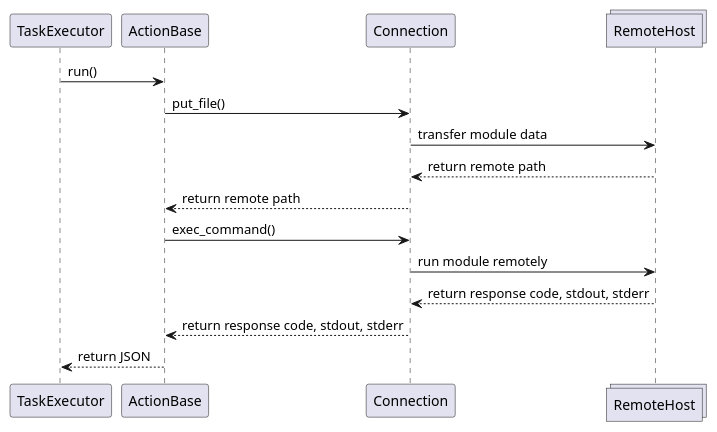
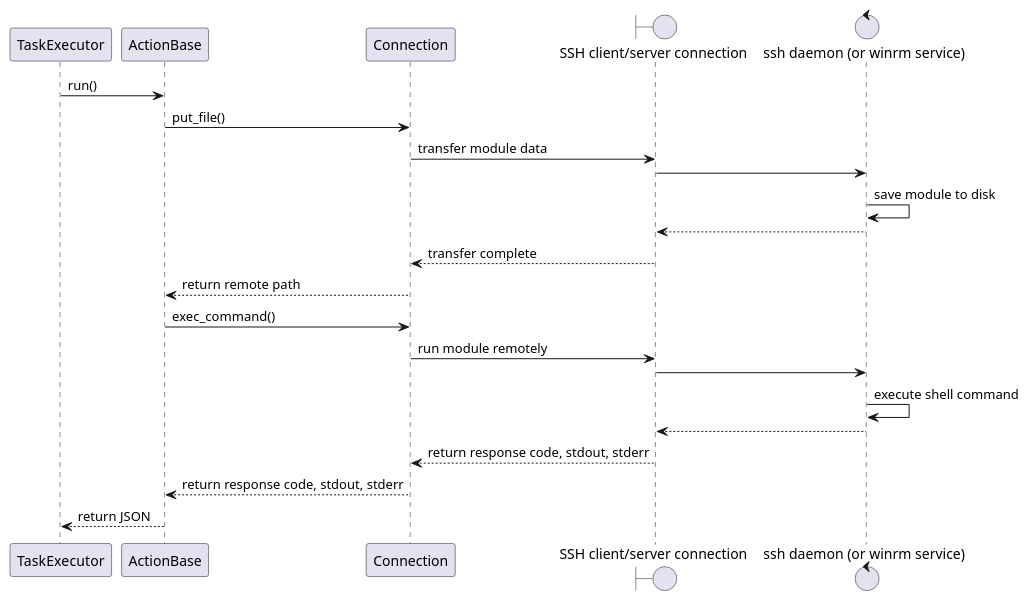
One commit to ezequiels/nazz changed the diagram in project/uml/RemoteExecutionSequence.puml. Above: the diagram before and after it, drawn with PlantUML. The commit also changed 2 other files, not shown here.

Commit message:
Diagram updates.

```diff
--- a/project/uml/RemoteExecutionSequence.puml
+++ b/project/uml/RemoteExecutionSequence.puml
@@ -1,24 +1,31 @@
 @startuml
 
 participant TaskExecutor
 participant ActionBase
 participant Connection
-collections RemoteHost
+boundary "SSH client/server connection" as SSH
+control "ssh daemon (or winrm service)" as daemon
 
 TaskExecutor->ActionBase: run()
 
 ActionBase->Connection: put_file()
-Connection->RemoteHost: transfer module data
-Connection<--RemoteHost: return remote path
+Connection->SSH: transfer module data
+SSH->daemon
+daemon->daemon: save module to disk
+daemon-->SSH
+Connection<--SSH: transfer complete
 ActionBase<--Connection: return remote path
 
 ActionBase->Connection: exec_command()
 
-Connection->RemoteHost: run module remotely
-Connection<--RemoteHost: return response code, stdout, stderr
+Connection->SSH: run module remotely
+SSH->daemon
+daemon->daemon: execute shell command
+daemon-->SSH
+Connection<--SSH: return response code, stdout, stderr
 
 ActionBase<--Connection: return response code, stdout, stderr
 
 TaskExecutor<--ActionBase: return JSON
 
 @enduml
```
